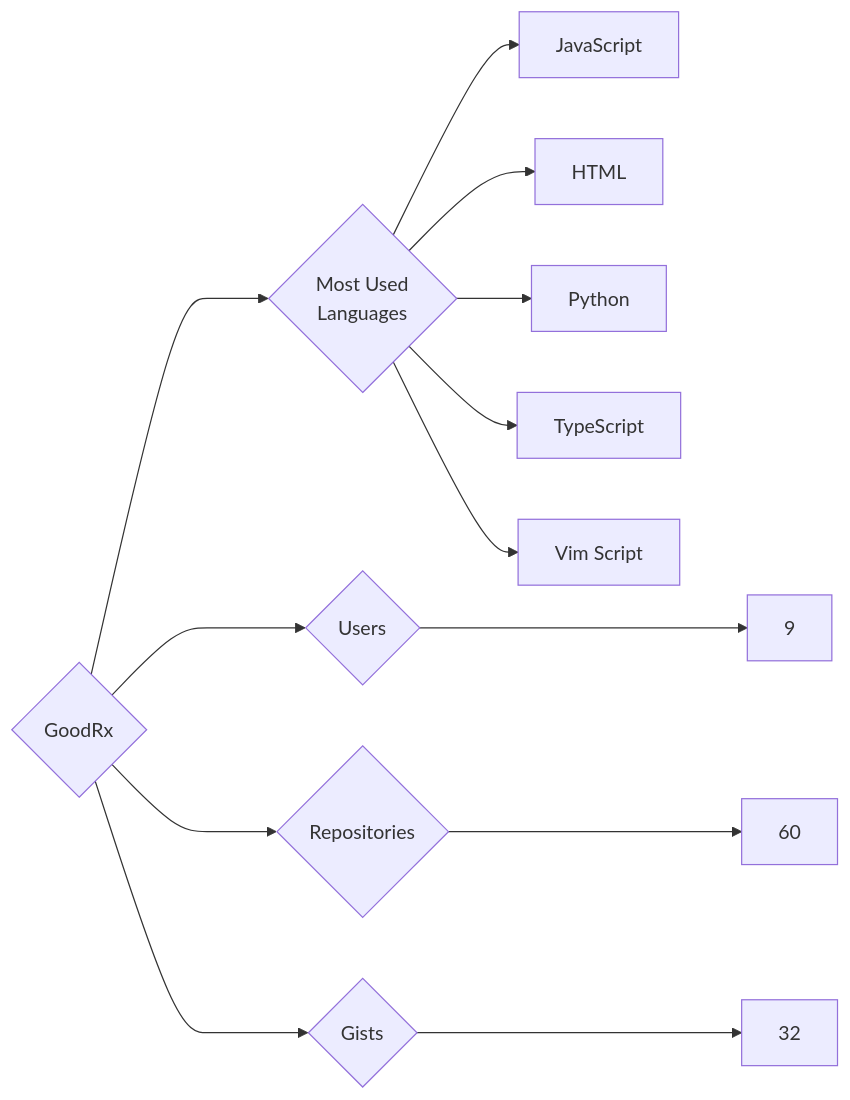
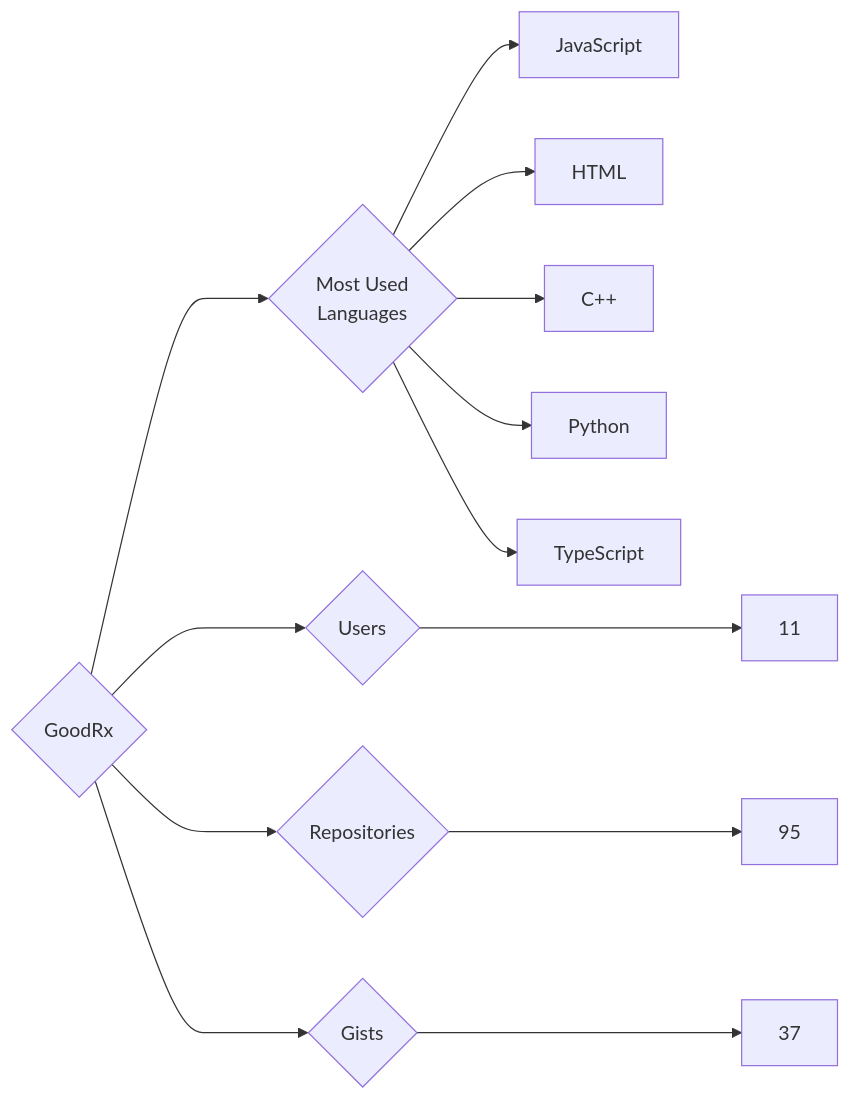
The diagram in targets/GoodRx/README.md (trickest/insiders), drawn with Mermaid before and after one commit. The commit also changed 1123 other files, not shown here.

````diff
--- a/targets/GoodRx/README.md
+++ b/targets/GoodRx/README.md
@@ -3,13 +3,13 @@
 ```mermaid
 graph LR
 COMPANY_NAME{GoodRx}
-COMPANY_NAME ---> U{Users} ---> UN[9]
-COMPANY_NAME ---> R{Repositories} ---> RN[60]
-COMPANY_NAME ---> G{Gists} ---> GN[32]
+COMPANY_NAME ---> U{Users} ---> UN[11]
+COMPANY_NAME ---> R{Repositories} ---> RN[95]
+COMPANY_NAME ---> G{Gists} ---> GN[37]
 COMPANY_NAME ---> ML{Most Used<br>Languages}
 ML --> JavaScript[JavaScript]
 ML --> HTML[HTML]
+ML --> C++[C++]
 ML --> Python[Python]
 ML --> TypeScript[TypeScript]
-ML --> Vim_Script[Vim Script]
 ```
````
